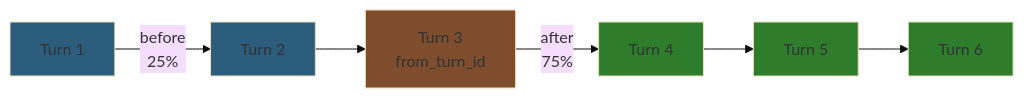
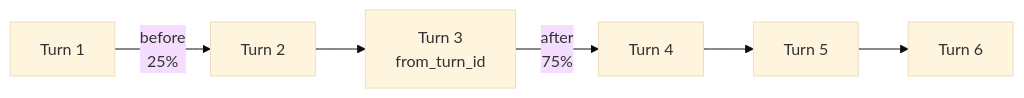
One commit to haowjy/meridian-flow changed the fourth of 5 diagrams in _docs/technical/backend/thread/pagination.md. Above: the diagram before and after it, drawn with Mermaid (base theme). The commit also changed other lines of this file and 46 other files, not shown here.

````diff
--- a/_docs/technical/backend/thread/pagination.md
+++ b/_docs/technical/backend/thread/pagination.md
@@ -398,22 +389,16 @@
 ```mermaid
 graph LR
     T1[Turn 1]
     T2[Turn 2]
     T3[Turn 3<br/>from_turn_id]
     T4[Turn 4]
     T5[Turn 5]
     T6[Turn 6]
 
     T1 -->|before<br/>25%| T2
     T2 --> T3
     T3 -->|after<br/>75%| T4
     T4 --> T5
     T5 --> T6
 
-    style T3 fill:#7d4d2d
-    style T2 fill:#2d5d7d
-    style T1 fill:#2d5d7d
-    style T4 fill:#2d7d2d
-    style T5 fill:#2d7d2d
-    style T6 fill:#2d7d2d
 ```
````
